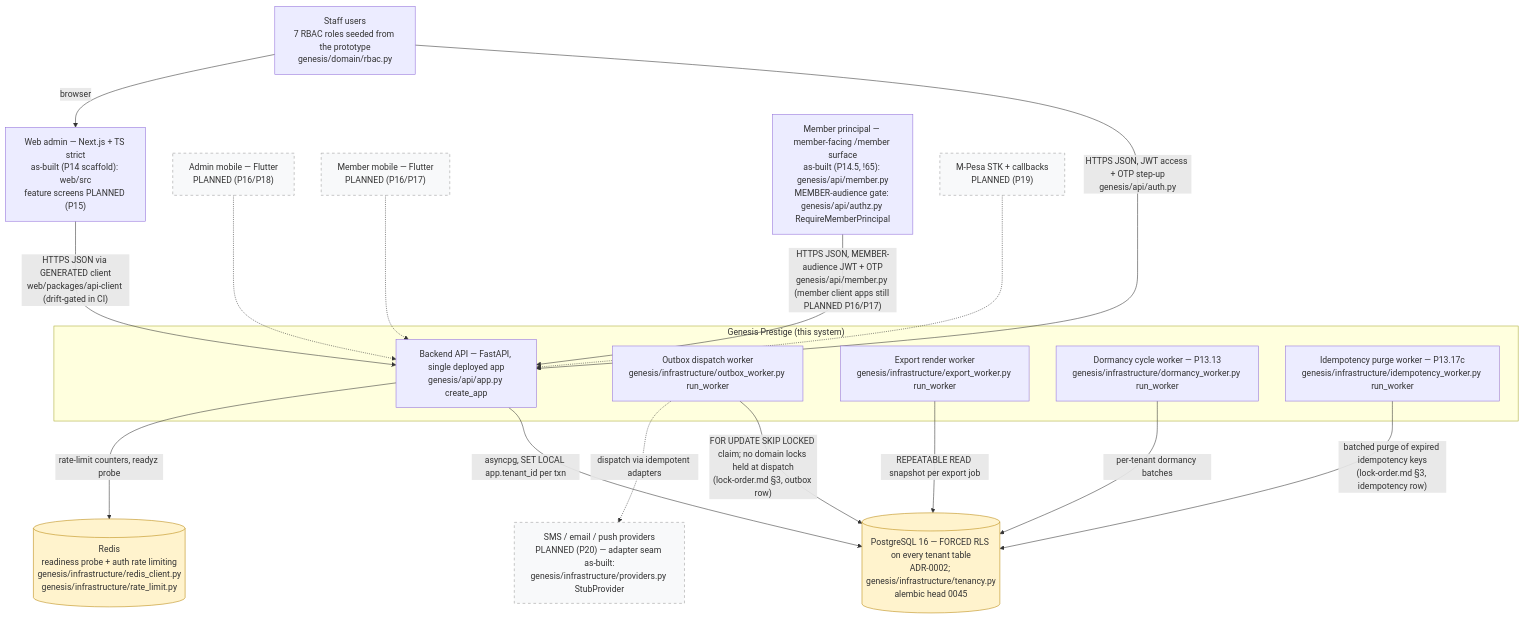
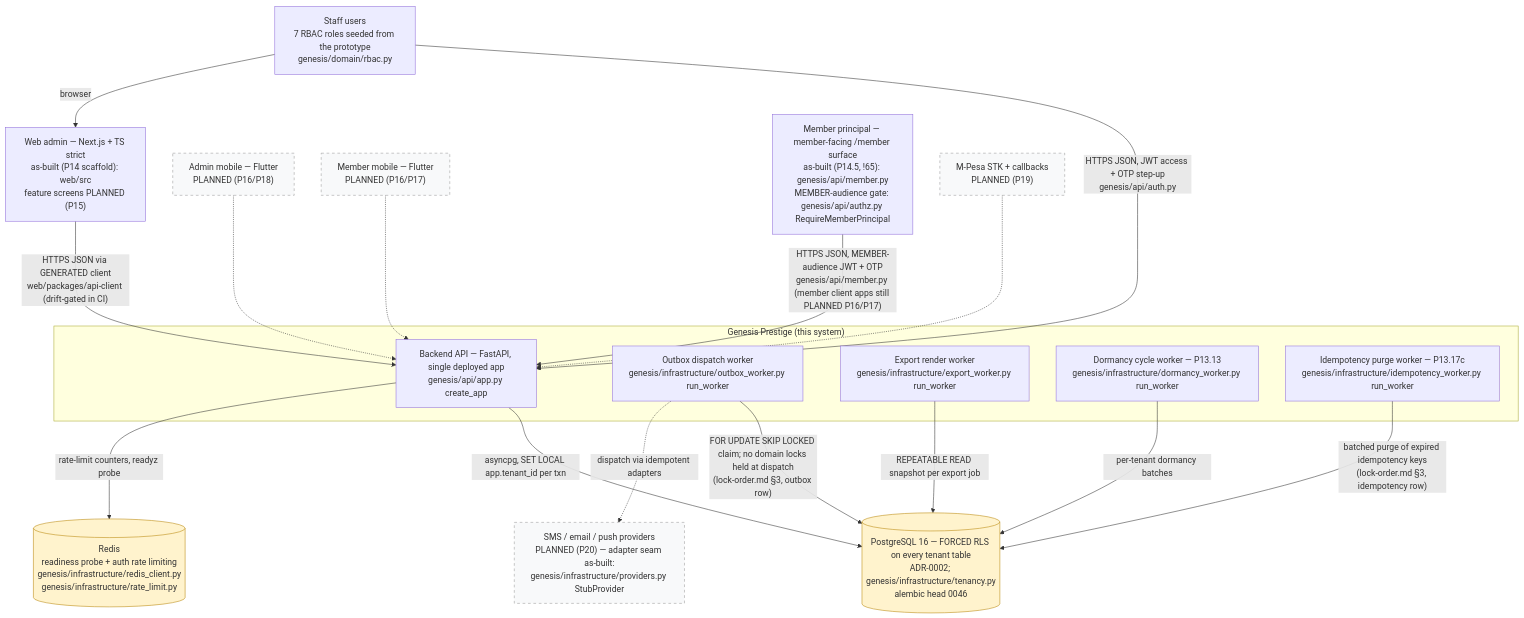
Before and after one commit to Benson-Kim/genesis-sacco-core: the diagram in docs/diagrams/c4-context.md, drawn with Mermaid. The commit also changed other lines of this file and 5 other files, not shown here.

````diff
--- a/docs/diagrams/c4-context.md
+++ b/docs/diagrams/c4-context.md
@@ -79,46 +83,46 @@
 ```mermaid
 flowchart TB
     %% Authored against main @ 08541b860f1445b16c342c39b6606d86b9dbeb17
     %% L1 context — as-built boxes cite genesis modules; dashed = PLANNED (Pn).
 
     STAFF["Staff users<br/>7 RBAC roles seeded from the prototype<br/>genesis/domain/rbac.py"]
 
     subgraph SYS["Genesis Prestige (this system)"]
         API["Backend API — FastAPI, single deployed app<br/>genesis/api/app.py create_app"]
         OBW["Outbox dispatch worker<br/>genesis/infrastructure/outbox_worker.py run_worker"]
         EXW["Export render worker<br/>genesis/infrastructure/export_worker.py run_worker"]
         DMW["Dormancy cycle worker — P13.13<br/>genesis/infrastructure/dormancy_worker.py run_worker"]
         IDW["Idempotency purge worker — P13.17c<br/>genesis/infrastructure/idempotency_worker.py run_worker"]
     end
 
-    PG[("PostgreSQL 16 — FORCED RLS on every tenant table<br/>ADR-0002; genesis/infrastructure/tenancy.py<br/>alembic head 0045")]
+    PG[("PostgreSQL 16 — FORCED RLS on every tenant table<br/>ADR-0002; genesis/infrastructure/tenancy.py<br/>alembic head 0046")]
     RD[("Redis<br/>readiness probe + auth rate limiting<br/>genesis/infrastructure/redis_client.py<br/>genesis/infrastructure/rate_limit.py")]
 
     WEB["Web admin — Next.js + TS strict<br/>as-built (P14 scaffold): web/src<br/>feature screens PLANNED (P15)"]
     ADM["Admin mobile — Flutter<br/>PLANNED (P16/P18)"]
     MEM["Member mobile — Flutter<br/>PLANNED (P16/P17)"]
     MPR["Member principal — member-facing /member surface<br/>as-built (P14.5, !65): genesis/api/member.py<br/>MEMBER-audience gate: genesis/api/authz.py RequireMemberPrincipal"]
     MPESA["M-Pesa STK + callbacks<br/>PLANNED (P19)"]
     PROV["SMS / email / push providers<br/>PLANNED (P20) — adapter seam as-built:<br/>genesis/infrastructure/providers.py StubProvider"]
 
     STAFF -->|"HTTPS JSON, JWT access + OTP step-up<br/>genesis/api/auth.py"| API
     API -->|"asyncpg, SET LOCAL app.tenant_id per txn"| PG
     API -->|"rate-limit counters, readyz probe"| RD
     OBW -->|"FOR UPDATE SKIP LOCKED claim; no domain locks held at dispatch<br/>(lock-order.md §3, outbox row)"| PG
     EXW -->|"REPEATABLE READ snapshot per export job"| PG
     DMW -->|"per-tenant dormancy batches"| PG
     IDW -->|"batched purge of expired idempotency keys<br/>(lock-order.md §3, idempotency row)"| PG
     OBW -.->|"dispatch via idempotent adapters"| PROV
 
     STAFF -->|"browser"| WEB
     WEB -->|"HTTPS JSON via GENERATED client<br/>web/packages/api-client (drift-gated in CI)"| API
     ADM -.-> API
     MEM -.-> API
     MPR -->|"HTTPS JSON, MEMBER-audience JWT + OTP<br/>genesis/api/member.py (member client apps still PLANNED P16/P17)"| API
     MPESA -.-> API
 
     classDef planned fill:#f8f9fa,stroke:#999,stroke-dasharray: 5 5;
     class ADM,MEM,MPESA,PROV planned;
     classDef store fill:#fff3cd,stroke:#b8860b;
     class PG,RD store;
 ```
````
